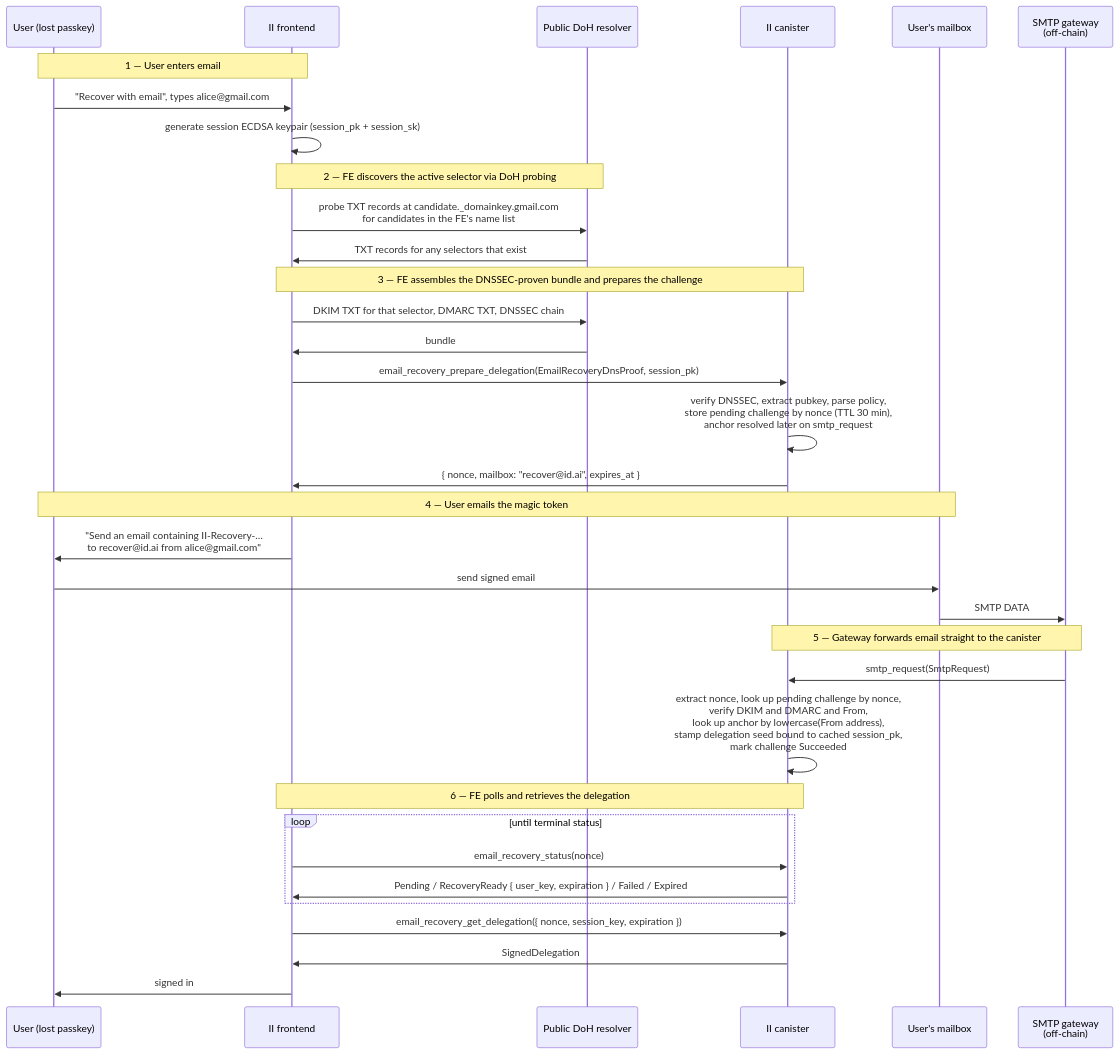
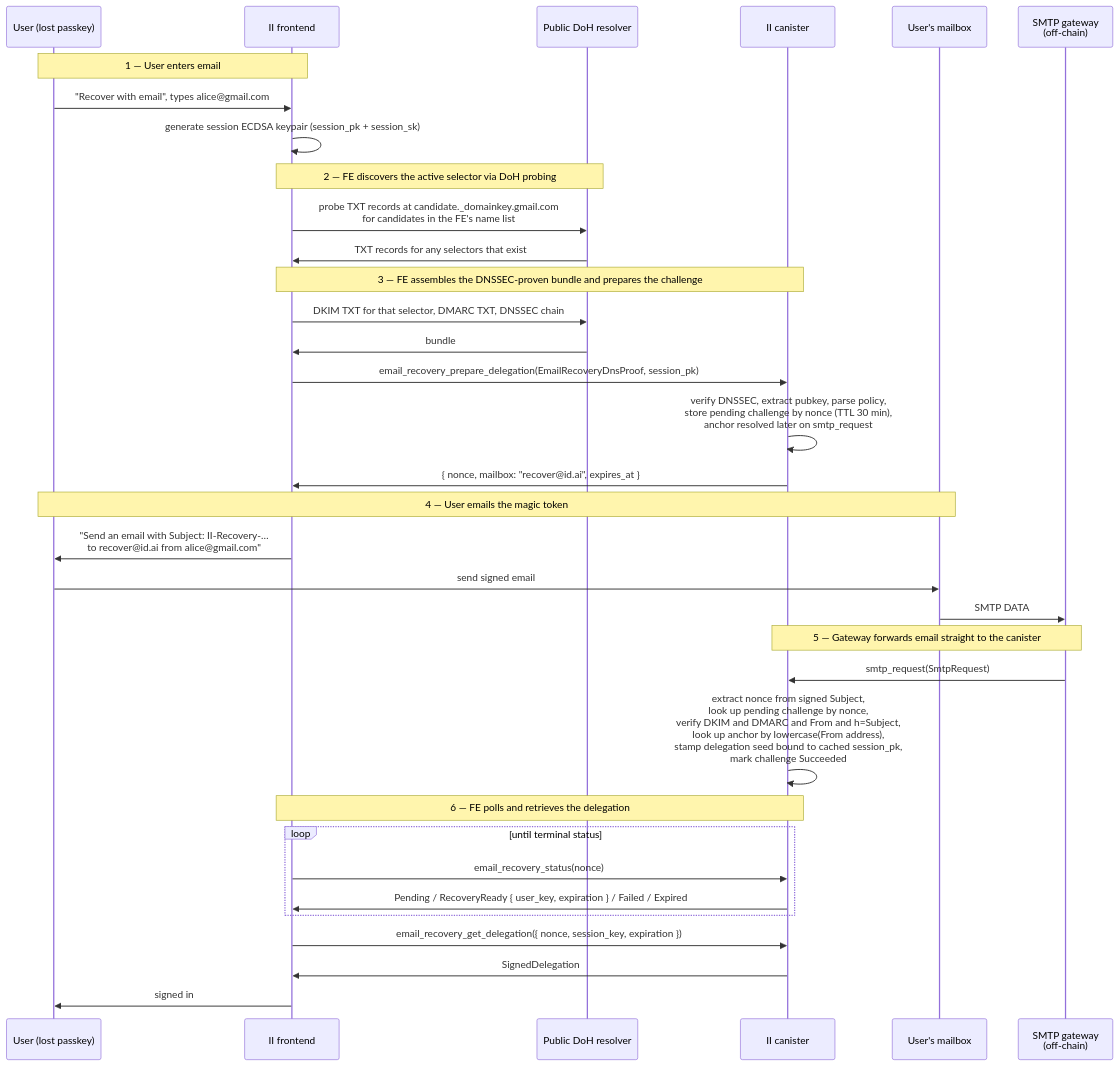
One commit to dfinity/internet-identity changed the third of 3 diagrams in docs/ongoing/email-recovery.md. Above: the diagram before and after it, drawn with Mermaid. The commit also changed other lines of this file, not shown here.

First line of the commit message:
design(email-recovery): nonce in Subject header, explicit phishing analysis

````diff
--- a/docs/ongoing/email-recovery.md
+++ b/docs/ongoing/email-recovery.md
@@ -712,42 +729,42 @@
 ```mermaid
 sequenceDiagram
     participant U as User (lost passkey)
     participant FE as II frontend
     participant DNS as Public DoH resolver
     participant II as II canister
     participant Mail as User's mailbox
     participant GW as SMTP gateway<br/>(off-chain)
 
     Note over U,FE: 1 — User enters email
     U->>FE: "Recover with email", types alice@gmail.com
     FE->>FE: generate session ECDSA keypair (session_pk + session_sk)
 
     Note over FE,DNS: 2 — FE discovers the active selector via DoH probing
     FE->>DNS: probe TXT records at candidate._domainkey.gmail.com<br/>for candidates in the FE's name list
     DNS->>FE: TXT records for any selectors that exist
 
     Note over FE,II: 3 — FE assembles the DNSSEC-proven bundle and prepares the challenge
     FE->>DNS: DKIM TXT for that selector, DMARC TXT, DNSSEC chain
     DNS->>FE: bundle
     FE->>II: email_recovery_prepare_delegation(EmailRecoveryDnsProof, session_pk)
     II->>II: verify DNSSEC, extract pubkey, parse policy,<br/>store pending challenge by nonce (TTL 30 min),<br/>anchor resolved later on smtp_request
     II->>FE: { nonce, mailbox: "recover@id.ai", expires_at }
 
     Note over U,Mail: 4 — User emails the magic token
-    FE->>U: "Send an email containing II-Recovery-…<br/>to recover@id.ai from alice@gmail.com"
+    FE->>U: "Send an email with Subject: II-Recovery-…<br/>to recover@id.ai from alice@gmail.com"
     U->>Mail: send signed email
     Mail->>GW: SMTP DATA
 
     Note over GW,II: 5 — Gateway forwards email straight to the canister
     GW->>II: smtp_request(SmtpRequest)
-    II->>II: extract nonce, look up pending challenge by nonce,<br/>verify DKIM and DMARC and From,<br/>look up anchor by lowercase(From address),<br/>stamp delegation seed bound to cached session_pk,<br/>mark challenge Succeeded
+    II->>II: extract nonce from signed Subject,<br/>look up pending challenge by nonce,<br/>verify DKIM and DMARC and From and h=Subject,<br/>look up anchor by lowercase(From address),<br/>stamp delegation seed bound to cached session_pk,<br/>mark challenge Succeeded
 
     Note over FE,II: 6 — FE polls and retrieves the delegation
     loop until terminal status
         FE->>II: email_recovery_status(nonce)
         II->>FE: Pending / RecoveryReady { user_key, expiration } / Failed / Expired
     end
     FE->>II: email_recovery_get_delegation({ nonce, session_key, expiration })
     II->>FE: SignedDelegation
     FE->>U: signed in
 ```
````
